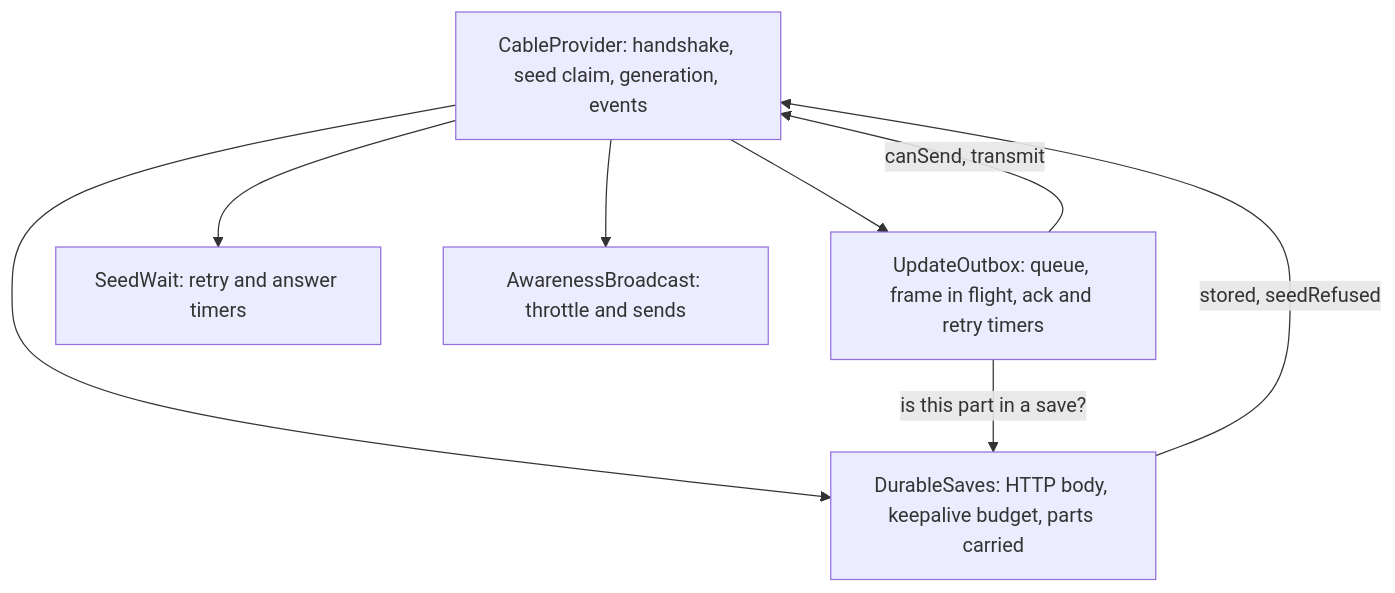
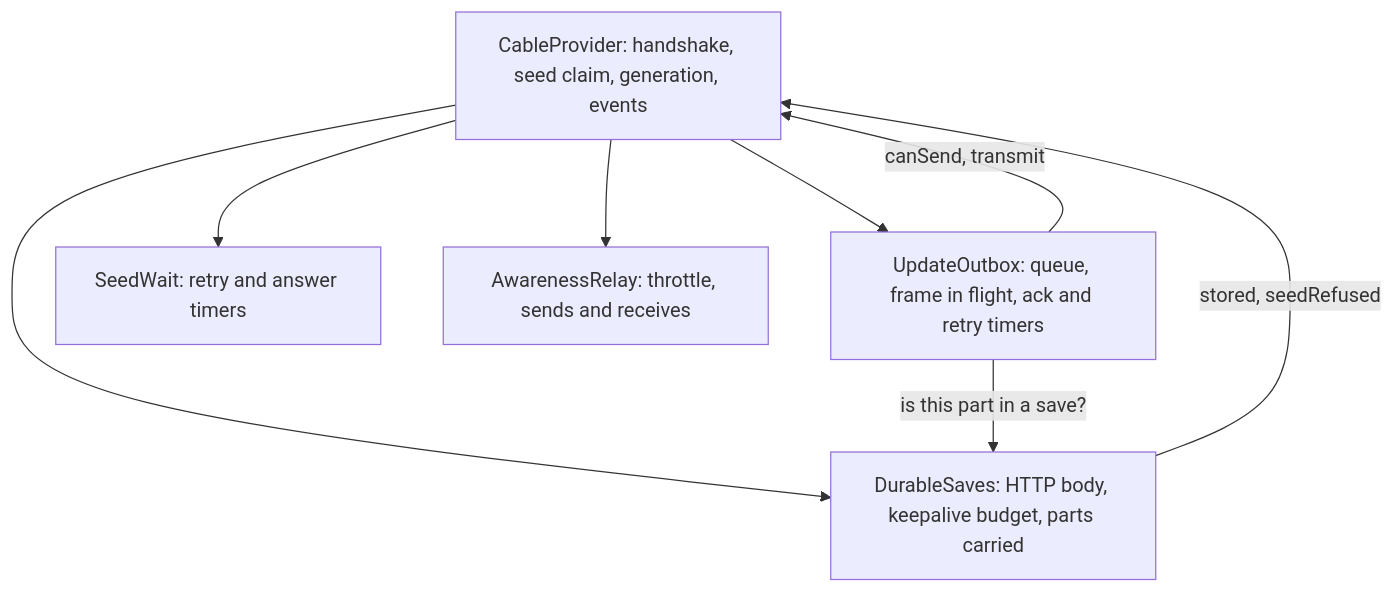
The diagram in docs/plans/2026-11-28-1106-refactor-cable-provider-modules-plan.md (kieranklaassen/thinkroom), drawn with Mermaid before and after one commit. The commit also changed other lines of this file, not shown here.

Commit message:
fix(review): apply review findings

````diff
--- a/docs/plans/2026-11-28-1106-refactor-cable-provider-modules-plan.md
+++ b/docs/plans/2026-11-28-1106-refactor-cable-provider-modules-plan.md
@@ -62,10 +62,10 @@
 ```mermaid
 flowchart TB
   P[CableProvider: handshake, seed claim, generation, events] --> O[UpdateOutbox: queue, frame in flight, ack and retry timers]
   P --> S[DurableSaves: HTTP body, keepalive budget, parts carried]
   P --> W[SeedWait: retry and answer timers]
-  P --> A[AwarenessBroadcast: throttle and sends]
+  P --> A[AwarenessRelay: throttle, sends and receives]
   O -->|is this part in a save?| S
   O -->|canSend, transmit| P
   S -->|stored, seedRefused| P
 ```
````
